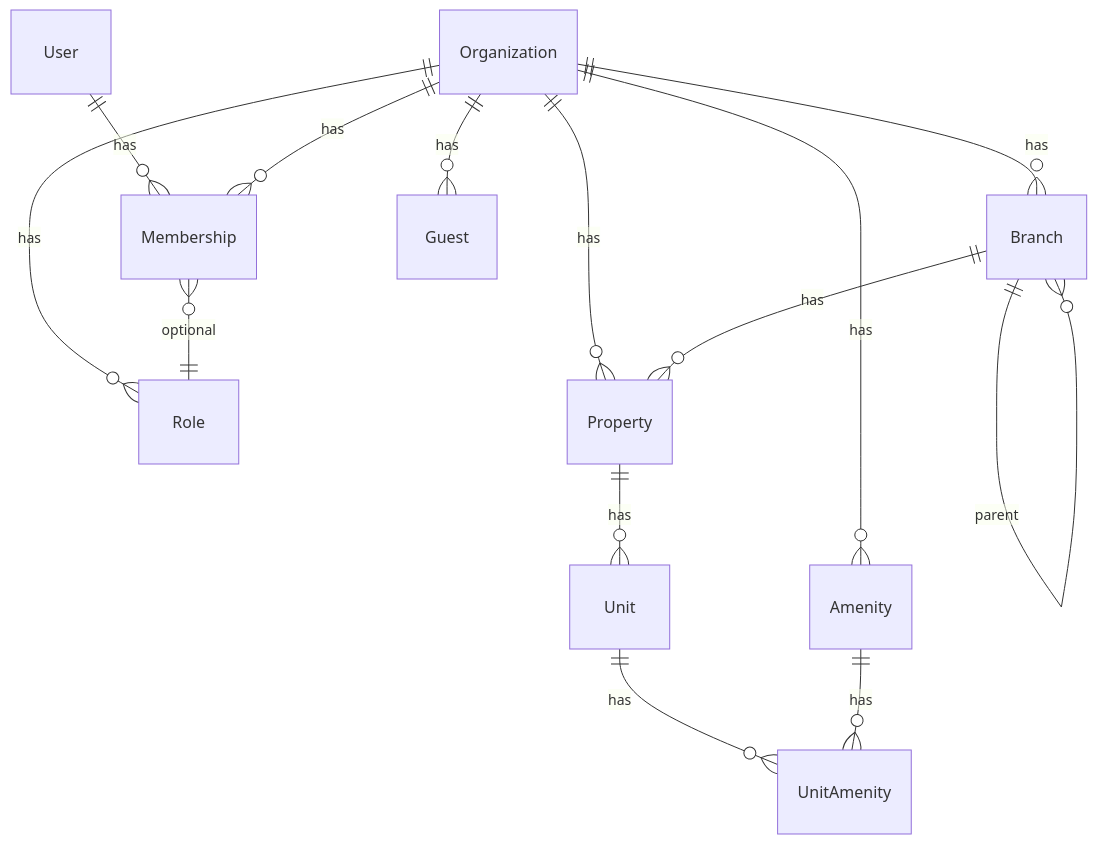
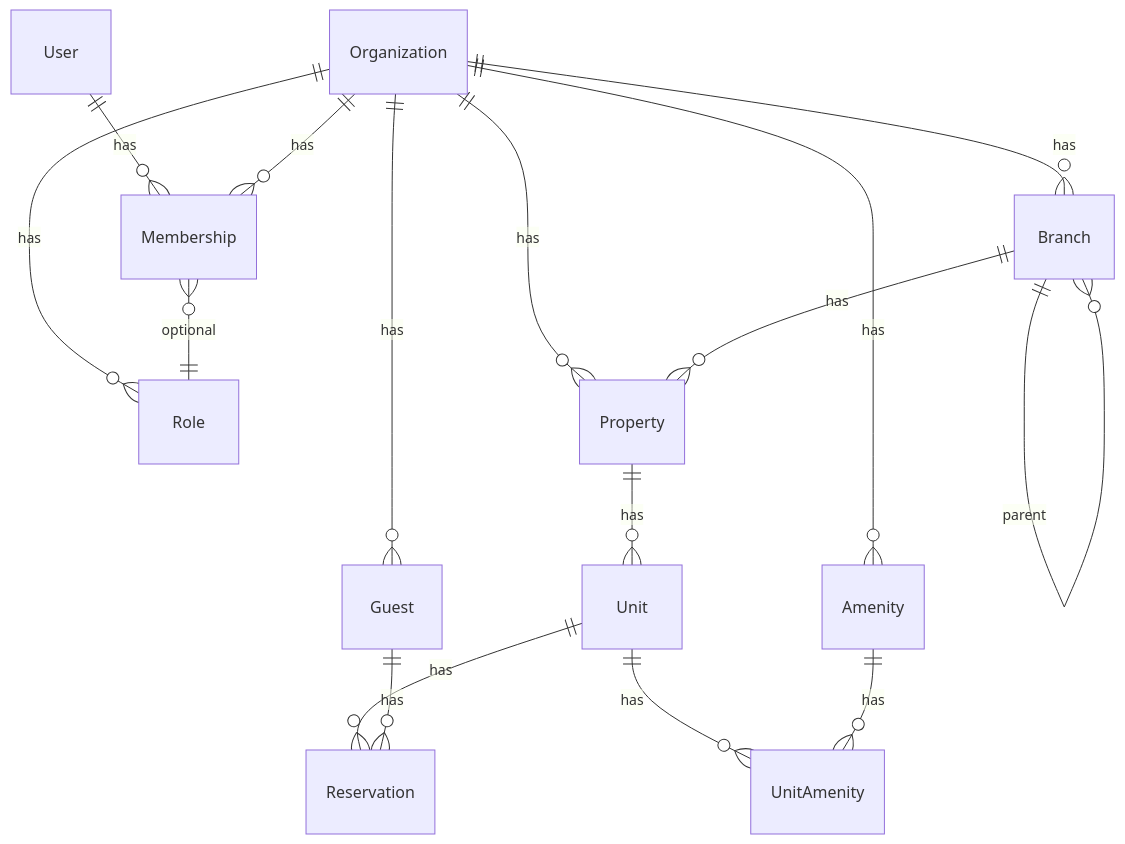
One commit to Arshev/apartus changed the diagram in memory-bank/domain/schema.md. Above: the diagram before and after it, drawn with Mermaid. The commit also changed other lines of this file and 4 other files, not shown here.

Commit message:
docs(FT-002): feature package, schema (Reservation + ER), roadmap

````diff
--- a/memory-bank/domain/schema.md
+++ b/memory-bank/domain/schema.md
@@ -183,16 +202,18 @@
 ```mermaid
 erDiagram
     User ||--o{ Membership : has
     Organization ||--o{ Membership : has
     Organization ||--o{ Role : has
     Membership }o--|| Role : optional
     Organization ||--o{ Branch : has
     Organization ||--o{ Property : has
     Organization ||--o{ Amenity : has
     Organization ||--o{ Guest : has
+    Unit ||--o{ Reservation : has
+    Guest ||--o{ Reservation : has
     Branch ||--o{ Property : has
     Branch ||--o{ Branch : parent
     Property ||--o{ Unit : has
     Unit ||--o{ UnitAmenity : has
     Amenity ||--o{ UnitAmenity : has
 ```
````
